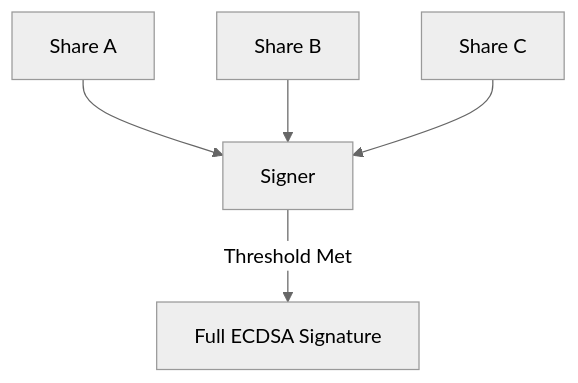
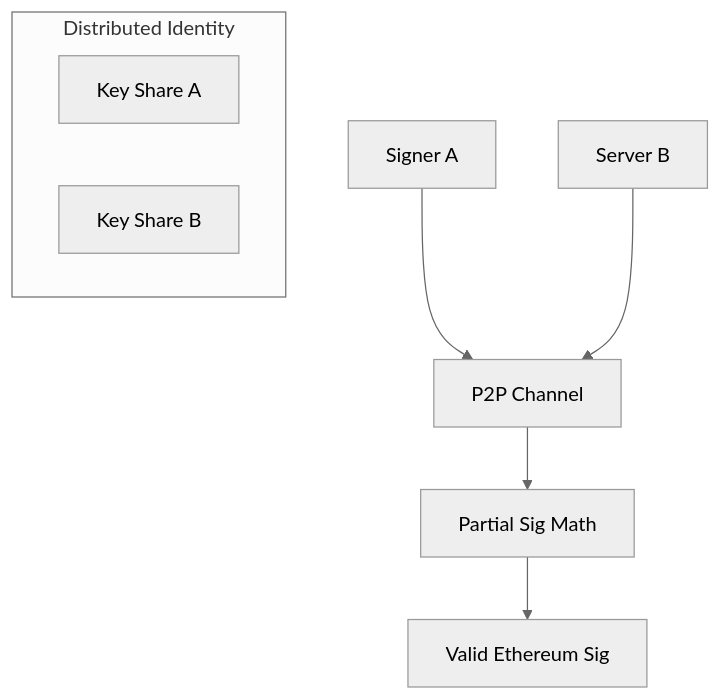
The diagram in dart_web3/packages/hardware/mpc/README.md (ImL1s/dart_web3), drawn with Mermaid (neutral theme) before and after one commit. The commit also changed other lines of this file and 31 other files, not shown here.

````diff
--- a/dart_web3/packages/hardware/mpc/README.md
+++ b/dart_web3/packages/hardware/mpc/README.md
@@ -14,7 +17,13 @@
 ```mermaid
 graph TD
-    Shard1[Share A] --> Signer
-    Shard2[Share B] --> Signer
-    Shard3[Share C] --> Signer
-    Signer -- Threshold Met --> Sig[Full ECDSA Signature]
+    User[Signer A] --> Comm[P2P Channel]
+    Cloud[Server B] --> Comm
+    
+    subgraph Wallet [Distributed Identity]
+        ShareA[Key Share A]
+        ShareB[Key Share B]
+    end
+    
+    Comm --> Combine[Partial Sig Math]
+    Combine --> Target[Valid Ethereum Sig]
 ```
````
